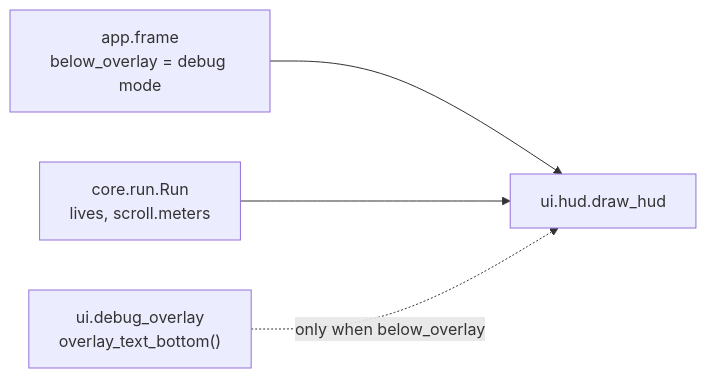
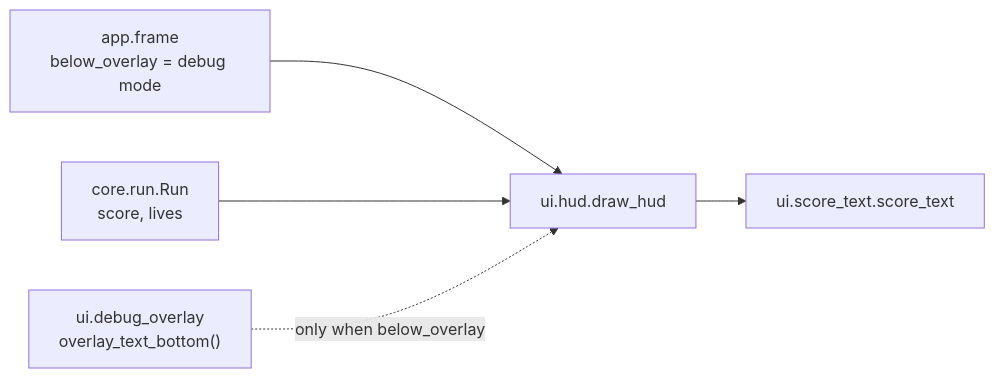
One commit to david-mntl/driftward-ace changed the diagram in docs/contracts/systems/hud.md. Above: the diagram before and after it, drawn with Mermaid. The commit also changed other lines of this file and 38 other files, not shown here.

````diff
--- a/docs/contracts/systems/hud.md
+++ b/docs/contracts/systems/hud.md
@@ -46,6 +48,7 @@
 ```mermaid
 flowchart LR
   APP["app.frame<br/>below_overlay = debug mode"] --> H["ui.hud.draw_hud"]
-  R["core.run.Run<br/>lives, scroll.meters"] --> H
+  R["core.run.Run<br/>score, lives"] --> H
+  H --> T["ui.score_text.score_text"]
   O["ui.debug_overlay<br/>overlay_text_bottom()"] -. "only when below_overlay" .-> H
 ```
````
